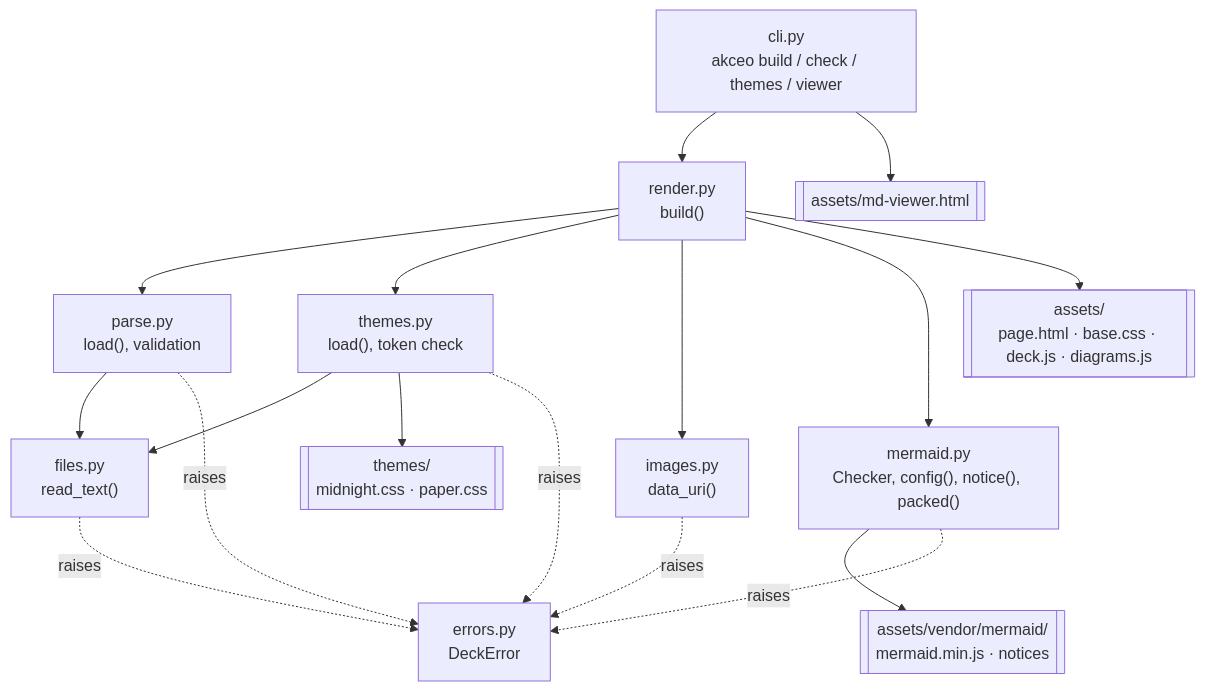
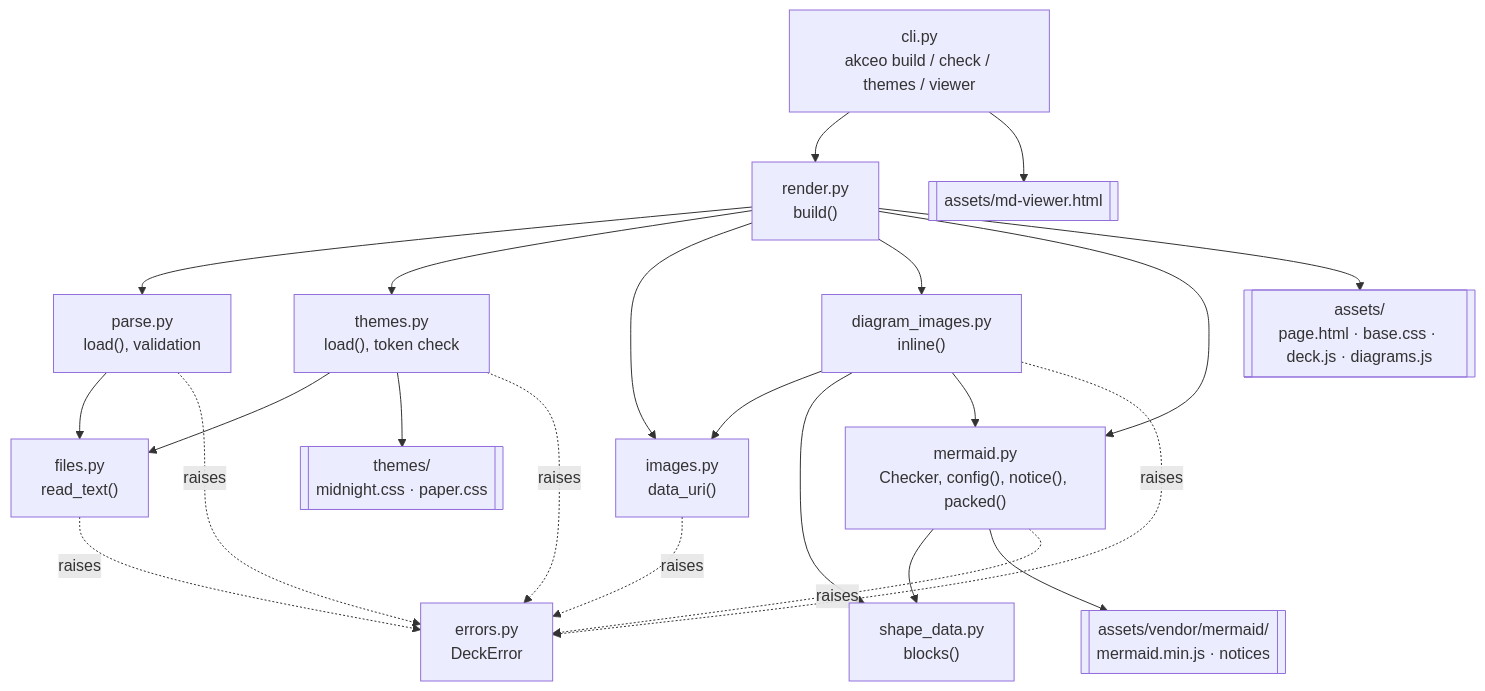
Before and after one commit to LunarCommand/akceo: the fifth of 11 diagrams in docs/how-it-works.md, drawn with Mermaid. The commit also changed other lines of this file and 15 other files, not shown here.

First line of the commit message:
Inline image files named in diagrams (#26)

````diff
--- a/docs/how-it-works.md
+++ b/docs/how-it-works.md
@@ -197,19 +197,25 @@
 ```mermaid
 flowchart TD
     cli["cli.py<br/>akceo build / check / themes / viewer"] --> render["render.py<br/>build()"]
     render --> parse["parse.py<br/>load(), validation"]
     parse --> files["files.py<br/>read_text()"]
     render --> themes["themes.py<br/>load(), token check"]
     themes --> files
     render --> images["images.py<br/>data_uri()"]
+    render --> dimages["diagram_images.py<br/>inline()"]
+    dimages --> images
+    dimages --> shape["shape_data.py<br/>blocks()"]
     render --> mermaid["mermaid.py<br/>Checker, config(), notice(), packed()"]
+    dimages --> mermaid
+    mermaid --> shape
     mermaid --> vendor[["assets/vendor/mermaid/<br/>mermaid.min.js · notices"]]
     render --> assets[["assets/<br/>page.html · base.css · deck.js · diagrams.js"]]
     themes --> builtin[["themes/<br/>midnight.css · paper.css"]]
     cli --> viewer[["assets/md-viewer.html"]]
     parse -.->|raises| err["errors.py<br/>DeckError"]
     themes -.->|raises| err
     images -.->|raises| err
+    dimages -.->|raises| err
     mermaid -.->|raises| err
     files -.->|raises| err
 ```
````
